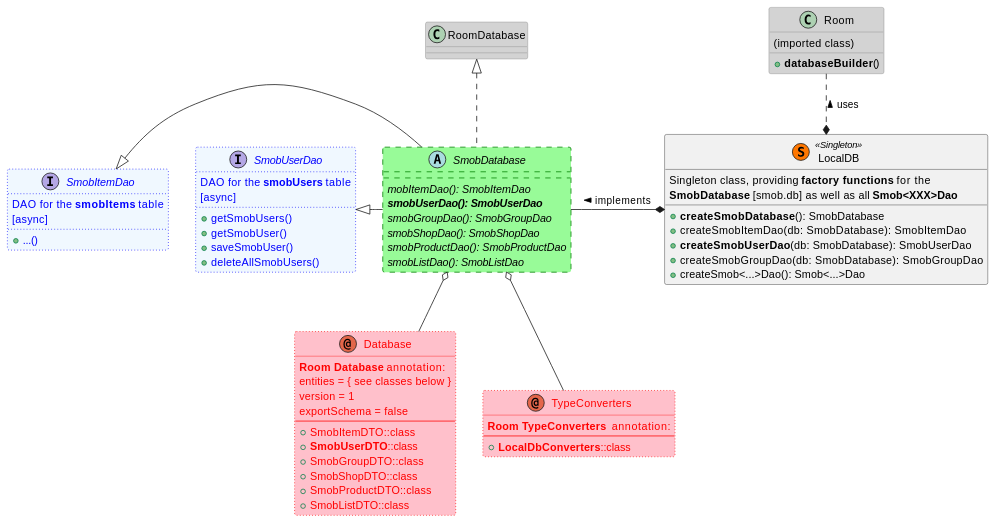
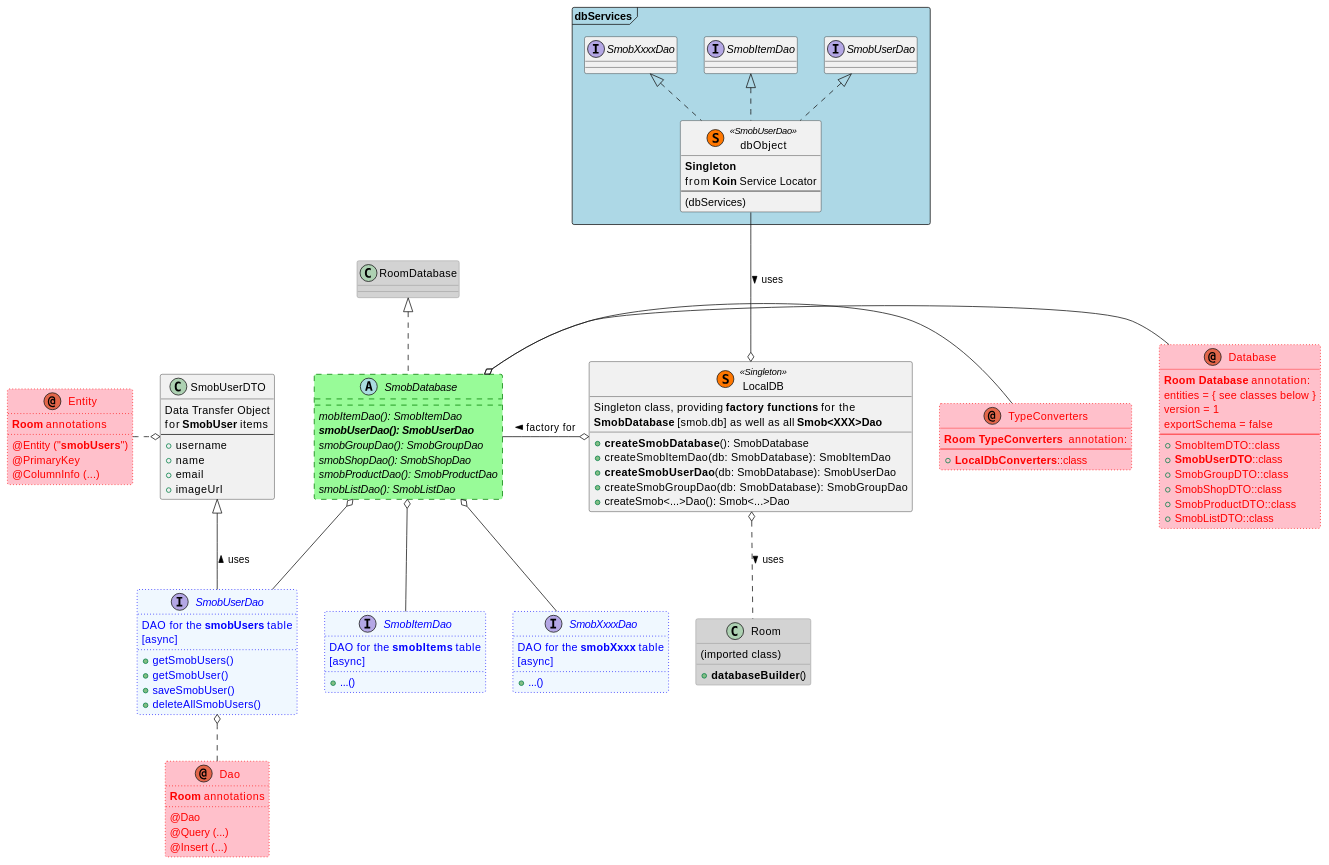
One commit to fwornle/ShopMob changed the diagram in doc/puml/localDB.md. Above: the diagram before and after it, drawn with PlantUML. The commit also changed other lines of this file and 1 other file, not shown here.

Commit message:
Refinement: UML for localDB

````diff
--- a/doc/puml/localDB.md
+++ b/doc/puml/localDB.md
@@ -1,5 +1,17 @@
 ```plantuml
 @startuml
+
+class RoomDatabase #lightgray ##gray
+
+abstract SmobDatabase #palegreen ##[dashed]green implements RoomDatabase {
+  {abstract} mobItemDao(): SmobItemDao
+  {abstract} **smobUserDao(): SmobUserDao**
+  {abstract} smobGroupDao(): SmobGroupDao
+  {abstract} smobShopDao(): SmobShopDao
+  {abstract} smobProductDao(): SmobProductDao
+  {abstract} smobListDao(): SmobListDao
+}
+
 annotation Database #pink;line:red;line.dotted;text:red {
     **Room Database** annotation:
     entities = { see classes below }
@@ -20,6 +32,17 @@
   +**LocalDbConverters**::class
 }
 
+together {
+    SmobDatabase o-right- Database
+    SmobDatabase o-right- TypeConverters
+}
+
+interface SmobItemDao #aliceblue;line:blue;line.dotted;text:blue {
+  DAO for the **smobItems** table
+  [async]
+  +...()
+}
+
 interface SmobUserDao #aliceblue;line:blue;line.dotted;text:blue {
   DAO for the **smobUsers** table
   [async]
@@ -29,22 +52,18 @@
   +deleteAllSmobUsers()
 }
 
-interface SmobItemDao #aliceblue;line:blue;line.dotted;text:blue {
-  DAO for the **smobItems** table
+interface SmobXxxxDao #aliceblue;line:blue;line.dotted;text:blue {
+  DAO for the **smobXxxx** table
   [async]
   +...()
 }
 
-abstract SmobDatabase #palegreen ##[dashed]green implements RoomDatabase {
-  {abstract} mobItemDao(): SmobItemDao
-  {abstract} **smobUserDao(): SmobUserDao**
-  {abstract} smobGroupDao(): SmobGroupDao
-  {abstract} smobShopDao(): SmobShopDao
-  {abstract} smobProductDao(): SmobProductDao
-  {abstract} smobListDao(): SmobListDao
+together {
+    SmobDatabase o-down- SmobItemDao
+    SmobDatabase o-down- SmobUserDao
+    SmobDatabase o-down- SmobXxxxDao
 }
 
-class RoomDatabase #lightgray ##gray
 
 class LocalDB << (S,#FF7700) Singleton >> {
   Singleton class, providing **factory functions** for the
@@ -62,17 +81,50 @@
  + **databaseBuilder**()
  }
 
-LocalDB *-left- SmobDatabase : implements >
-LocalDB *.up. Room : uses >
+LocalDB o-left- SmobDatabase : factory for >
+LocalDB o.down. Room : uses >
 
-together {
-SmobDatabase o-down- Database
-SmobDatabase o-down- TypeConverters
+
+class SmobUserDTO {
+    Data Transfer Object
+    for **SmobUser** items
+    ---
+    +username
+    +name
+    +email
+    +imageUrl
+}
+    
+SmobUserDao -up-|> SmobUserDTO : uses >
+
+annotation Entity #pink;line:red;line.dotted;text:red {
+   **Room** annotations
+   {method} @Entity ("**smobUsers**")
+   {method} @PrimaryKey
+   {method} @ColumnInfo (...)
 }
 
-together {
-    SmobDatabase -left-|> SmobUserDao
-    SmobDatabase -left-|> SmobItemDao
+SmobUserDTO o-left. Entity
+
+annotation Dao #pink;line:red;line.dotted;text:red {
+   **Room** annotations
+   {method} @Dao
+   {method} @Query (...)
+   {method} @Insert (...)
 }
+
+SmobUserDao o-down. Dao
+
+frame "dbServices" #Lightblue {
+    class dbObject << (S,#FF7700) SmobUserDao>> implements SmobUserDao, SmobItemDao, SmobXxxxDao {
+        **Singleton**
+        from **Koin** Service Locator
+        ---
+        (dbServices)
+    }
+}
+
+LocalDB o-up-- dbObject : uses <
+
 @enduml
 ```
````
